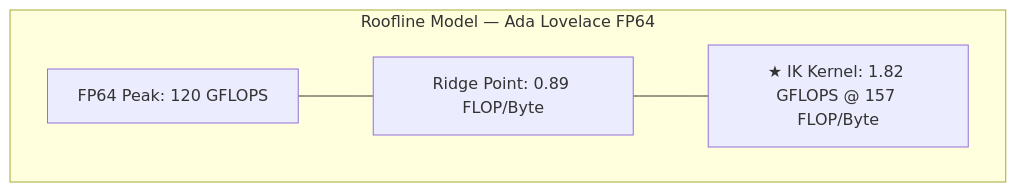
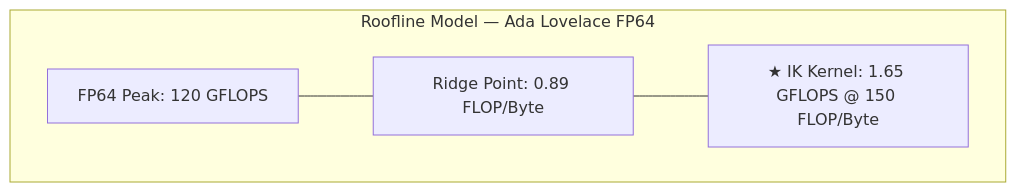
Before and after one commit to Cagedcarrow/ur10_conrtol: the diagram in ur_base_xarco_model/assembly_rtfg_cuda/docs/07_performance/03_roofline_model.md, drawn with Mermaid. The commit also changed other lines of this file and 41 other files, not shown here.

````diff
--- a/ur_base_xarco_model/assembly_rtfg_cuda/docs/07_performance/03_roofline_model.md
+++ b/ur_base_xarco_model/assembly_rtfg_cuda/docs/07_performance/03_roofline_model.md
@@ -34,12 +34,12 @@
 ```mermaid
 graph
     subgraph Roofline [Roofline Model — Ada Lovelace FP64]
         direction LR
         PEAK[FP64 Peak: 120 GFLOPS]
         RIDGE[Ridge Point: 0.89 FLOP/Byte]
-        KERNEL[★ IK Kernel: 1.82 GFLOPS @ 157 FLOP/Byte]
+        KERNEL[★ IK Kernel: 1.65 GFLOPS @ 150 FLOP/Byte]
         
         PEAK --- RIDGE
         RIDGE --- KERNEL
     end
 ```
````
